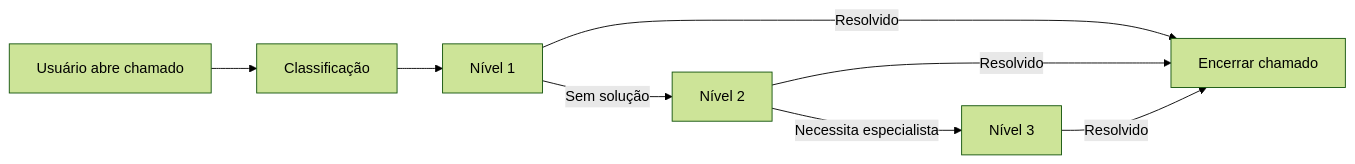
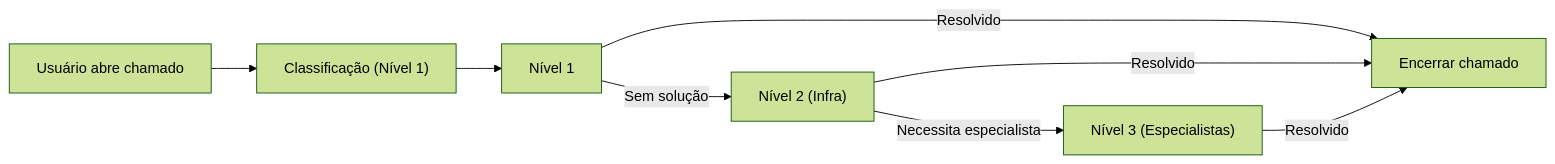
The diagram in 05-anexos_e_MI_relacionadas/MI-2025-006-SLA_e_Governanca_Operacional.md (ailtonfv/ti-pdti-hortolandia), drawn with Mermaid (forest theme) before and after one commit. The commit also changed other lines of this file, not shown here.

````diff
--- a/05-anexos_e_MI_relacionadas/MI-2025-006-SLA_e_Governanca_Operacional.md
+++ b/05-anexos_e_MI_relacionadas/MI-2025-006-SLA_e_Governanca_Operacional.md
@@ -51,10 +70,10 @@
 ```mermaid
 flowchart LR
-    A["Usuário abre chamado"] --> B["Classificação"]
+    A["Usuário abre chamado"] --> B["Classificação (Nível 1)"]
     B --> C["Nível 1"]
-    C -->|Sem solução| D["Nível 2"]
-    D -->|Necessita especialista| E["Nível 3"]
+    C -->|Sem solução| D["Nível 2 (Infra)"]
+    D -->|Necessita especialista| E["Nível 3 (Especialistas)"]
     C -->|Resolvido| F["Encerrar chamado"]
     D -->|Resolvido| F
     E -->|Resolvido| F
 ```
````
